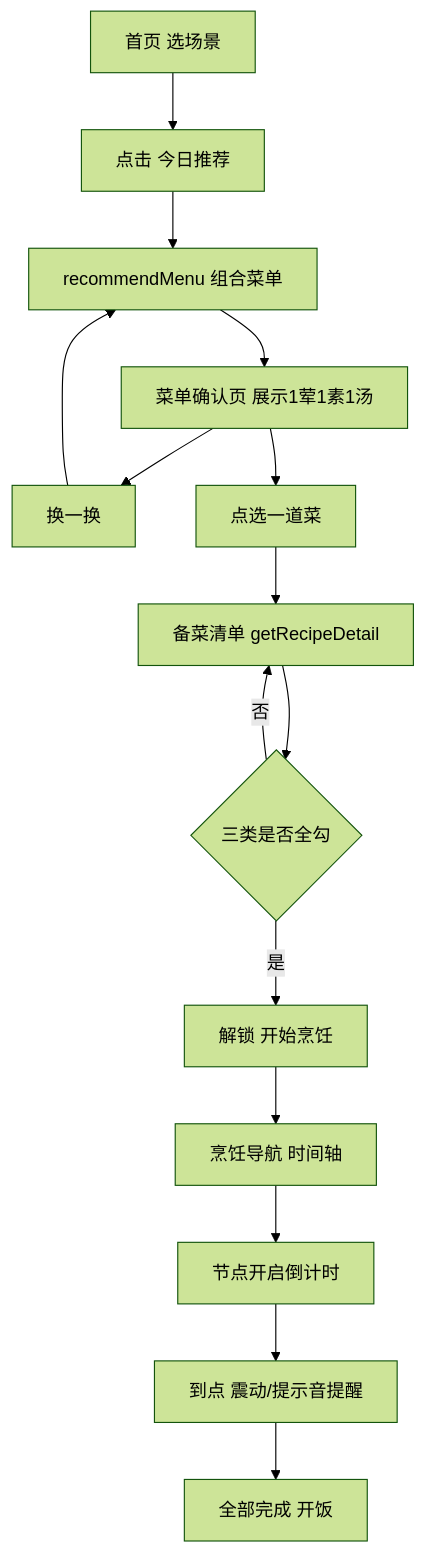
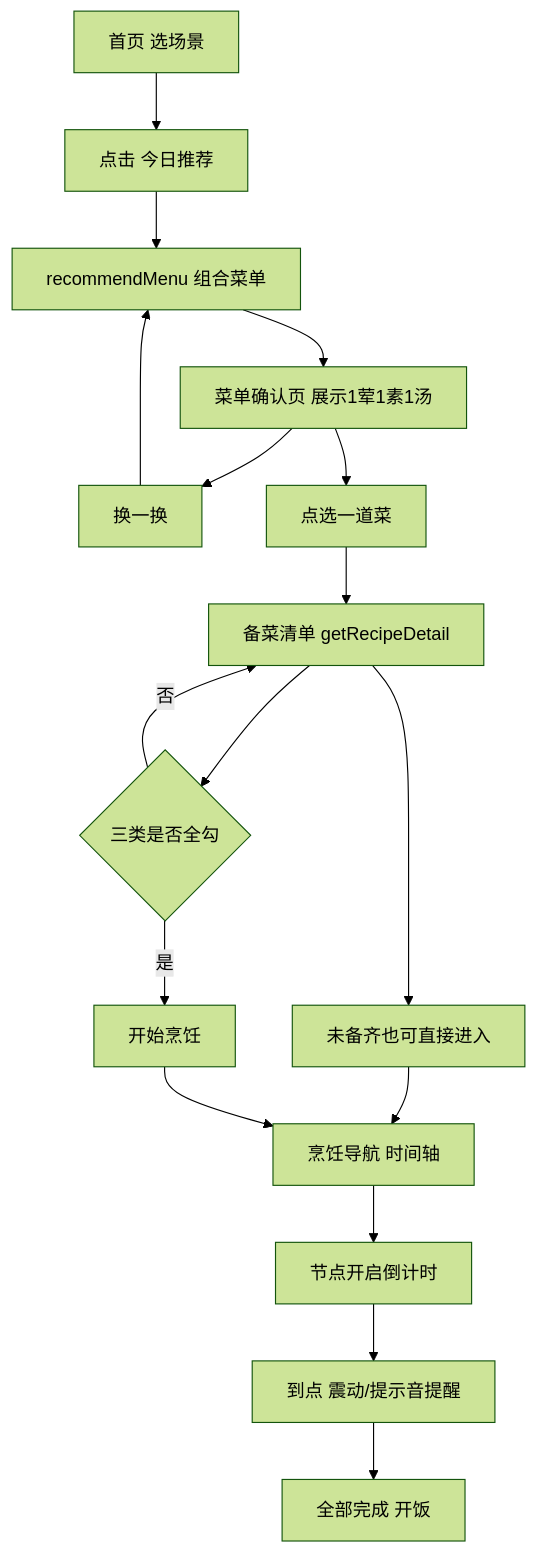
Before and after one commit to freeedoooooo/algs: the diagram in 60-mvp/PRD.md, drawn with Mermaid (forest theme). The commit also changed other lines of this file and 22 other files, not shown here.

````diff
--- a/60-mvp/PRD.md
+++ b/60-mvp/PRD.md
@@ -147,17 +152,19 @@
 ```mermaid
 graph TB
     A[首页 选场景] --> B[点击 今日推荐]
     B --> C[recommendMenu 组合菜单]
     C --> D[菜单确认页 展示1荤1素1汤]
     D --> E[换一换]
     E --> C
     D --> F[点选一道菜]
     F --> G[备菜清单 getRecipeDetail]
     G --> H{三类是否全勾}
     H -->|否| G
-    H -->|是| I[解锁 开始烹饪]
+    H -->|是| I[开始烹饪]
+    G --> N[未备齐也可直接进入]
+    N --> J[烹饪导航 时间轴]
     I --> J[烹饪导航 时间轴]
     J --> K[节点开启倒计时]
     K --> L[到点 震动/提示音提醒]
     L --> M[全部完成 开饭]
 ```
````
